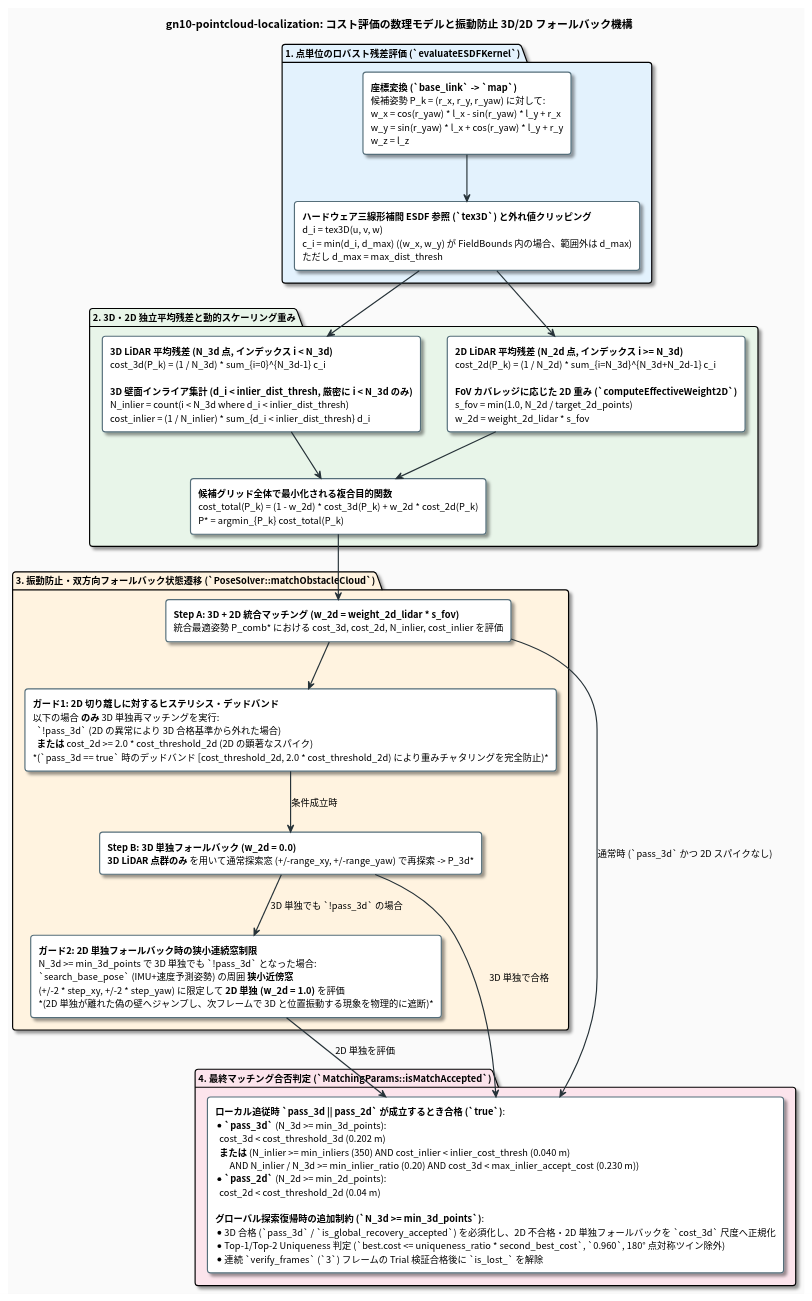
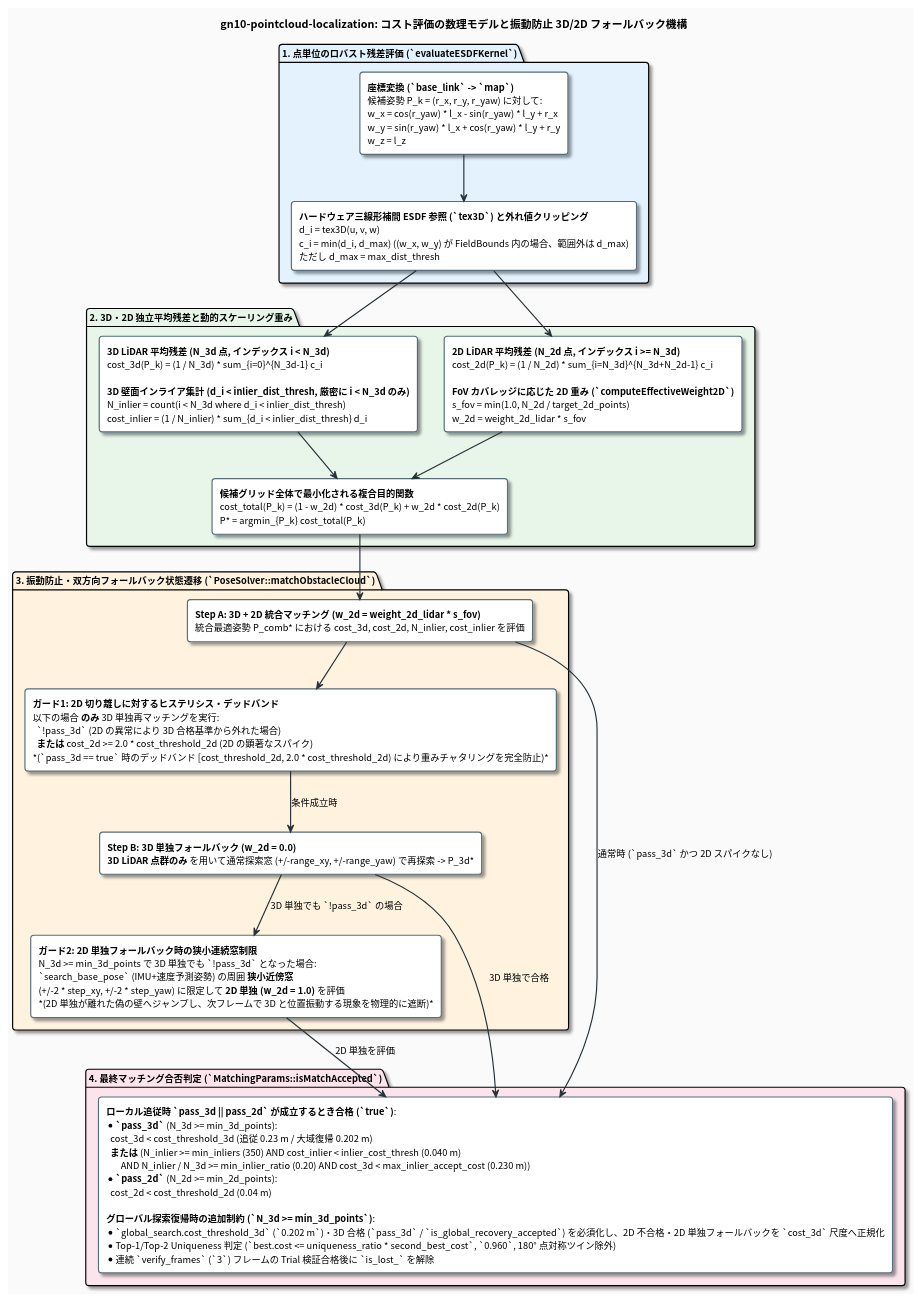
The diagram in docs/matching_cost_and_weighting_jp.pu (tmcit-ararobo-2026a/gn10-pointcloud-localization), drawn with PlantUML before and after one commit. The commit also changed 12 other files, not shown here.

Commit message:
fix(global_search): decouple global_search.cost_threshold_3d from local tracking

```diff
--- a/docs/matching_cost_and_weighting_jp.pu
+++ b/docs/matching_cost_and_weighting_jp.pu
@@ -1,70 +1,70 @@
 @startuml matching_cost_and_weighting_jp
 skinparam backgroundColor #FAFAFA
 skinparam defaultFontName "Roboto, Noto Sans CJK JP, sans-serif"
 skinparam defaultFontSize 12
 skinparam roundCorner 8
 skinparam shadowing true
 skinparam ArrowColor #263238
 skinparam ArrowThickness 1.5
 
 skinparam rectangle {
     BackgroundColor #FFFFFF
     BorderColor #546E7A
     BorderThickness 1.5
 }
 
 skinparam note {
     BackgroundColor #FFF8E1
     BorderColor #FFB300
     FontColor #263238
 }
 
 title **gn10-pointcloud-localization: コスト評価の数理モデルと振動防止 3D/2D フォールバック機構**
 
 package "1. 点単位のロバスト残差評価 (`evaluateESDFKernel`)" #E3F2FD {
     rectangle "**座標変換 (`base_link` -> `map`)**\n候補姿勢 P_k = (r_x, r_y, r_yaw) に対して:\nw_x = cos(r_yaw) * l_x - sin(r_yaw) * l_y + r_x\nw_y = sin(r_yaw) * l_x + cos(r_yaw) * l_y + r_y\nw_z = l_z" as TF_EQ
 
     rectangle "**ハードウェア三線形補間 ESDF 参照 (`tex3D`) と外れ値クリッピング**\nd_i = tex3D(u, v, w)\nc_i = min(d_i, d_max) ((w_x, w_y) が FieldBounds 内の場合、範囲外は d_max)\nただし d_max = max_dist_thresh" as CLIP_EQ
 
     TF_EQ -down-> CLIP_EQ
 }
 
 package "2. 3D・2D 独立平均残差と動的スケーリング重み" #E8F5E9 {
     rectangle "**3D LiDAR 平均残差 (N_3d 点, インデックス i < N_3d)**\ncost_3d(P_k) = (1 / N_3d) * sum_{i=0}^{N_3d-1} c_i\n\n**3D 壁面インライア集計 (d_i < inlier_dist_thresh, 厳密に i < N_3d のみ)**\nN_inlier = count(i < N_3d where d_i < inlier_dist_thresh)\ncost_inlier = (1 / N_inlier) * sum_{d_i < inlier_dist_thresh} d_i" as COST_3D
 
     rectangle "**2D LiDAR 平均残差 (N_2d 点, インデックス i >= N_3d)**\ncost_2d(P_k) = (1 / N_2d) * sum_{i=N_3d}^{N_3d+N_2d-1} c_i\n\n**FoV カバレッジに応じた 2D 重み (`computeEffectiveWeight2D`)**\ns_fov = min(1.0, N_2d / target_2d_points)\nw_2d = weight_2d_lidar * s_fov" as COST_2D
 
     rectangle "**候補グリッド全体で最小化される複合目的関数**\ncost_total(P_k) = (1 - w_2d) * cost_3d(P_k) + w_2d * cost_2d(P_k)\nP* = argmin_{P_k} cost_total(P_k)" as COMP_EQ
 
     COST_3D -down-> COMP_EQ
     COST_2D -down-> COMP_EQ
 }
 
 CLIP_EQ -down-> COST_3D
 CLIP_EQ -down-> COST_2D
 
 package "3. 振動防止・双方向フォールバック状態遷移 (`PoseSolver::matchObstacleCloud`)" #FFF3E0 {
     rectangle "**Step A: 3D + 2D 統合マッチング (w_2d = weight_2d_lidar * s_fov)**\n統合最適姿勢 P_comb* における cost_3d, cost_2d, N_inlier, cost_inlier を評価" as STEP_A
 
     rectangle "**ガード1: 2D 切り離しに対するヒステリシス・デッドバンド**\n以下の場合 **のみ** 3D 単独再マッチングを実行:\n  `!pass_3d` (2D の異常により 3D 合格基準から外れた場合)\n  **または** cost_2d >= 2.0 * cost_threshold_2d (2D の顕著なスパイク)\n*(`pass_3d == true` 時のデッドバンド [cost_threshold_2d, 2.0 * cost_threshold_2d) により重みチャタリングを完全防止)*" as GUARD_1
 
     rectangle "**Step B: 3D 単独フォールバック (w_2d = 0.0)**\n**3D LiDAR 点群のみ** を用いて通常探索窓 (+/-range_xy, +/-range_yaw) で再探索 -> P_3d*" as STEP_B
 
     rectangle "**ガード2: 2D 単独フォールバック時の狭小連続窓制限**\nN_3d >= min_3d_points で 3D 単独でも `!pass_3d` となった場合:\n`search_base_pose` (IMU+速度予測姿勢) の周囲 **狭小近傍窓**\n(+/-2 * step_xy, +/-2 * step_yaw) に限定して **2D 単独 (w_2d = 1.0)** を評価\n*(2D 単独が離れた偽の壁へジャンプし、次フレームで 3D と位置振動する現象を物理的に遮断)*" as STEP_C
 
     STEP_A -down-> GUARD_1
     GUARD_1 -down-> STEP_B : 条件成立時
     STEP_B -down-> STEP_C : 3D 単独でも `!pass_3d` の場合
 }
 
 COMP_EQ -down-> STEP_A
 
 package "4. 最終マッチング合否判定 (`MatchingParams::isMatchAccepted`)" #FCE4EC {
-    rectangle "**ローカル追従時 `pass_3d || pass_2d` が成立するとき合格 (`true`)**:\n* **`pass_3d`** (N_3d >= min_3d_points):\n  cost_3d < cost_threshold_3d (0.202 m)\n  **または** (N_inlier >= min_inliers (350) AND cost_inlier < inlier_cost_thresh (0.040 m)\n       AND N_inlier / N_3d >= min_inlier_ratio (0.20) AND cost_3d < max_inlier_accept_cost (0.230 m))\n* **`pass_2d`** (N_2d >= min_2d_points):\n  cost_2d < cost_threshold_2d (0.04 m)\n\n**グローバル探索復帰時の追加制約 (`N_3d >= min_3d_points`)**:\n* 3D 合格 (`pass_3d` / `is_global_recovery_accepted`) を必須化し、2D 不合格・2D 単独フォールバックを `cost_3d` 尺度へ正規化\n* Top-1/Top-2 Uniqueness 判定 (`best.cost <= uniqueness_ratio * second_best_cost`, `0.960`, 180° 点対称ツイン除外)\n* 連続 `verify_frames` (`3`) フレームの Trial 検証合格後に `is_lost_` を解除" as FINAL_ACCEPT
+    rectangle "**ローカル追従時 `pass_3d || pass_2d` が成立するとき合格 (`true`)**:\n* **`pass_3d`** (N_3d >= min_3d_points):\n  cost_3d < cost_threshold_3d (追従 0.23 m / 大域復帰 0.202 m)\n  **または** (N_inlier >= min_inliers (350) AND cost_inlier < inlier_cost_thresh (0.040 m)\n       AND N_inlier / N_3d >= min_inlier_ratio (0.20) AND cost_3d < max_inlier_accept_cost (0.230 m))\n* **`pass_2d`** (N_2d >= min_2d_points):\n  cost_2d < cost_threshold_2d (0.04 m)\n\n**グローバル探索復帰時の追加制約 (`N_3d >= min_3d_points`)**:\n* `global_search.cost_threshold_3d` (`0.202 m`)・3D 合格 (`pass_3d` / `is_global_recovery_accepted`) を必須化し、2D 不合格・2D 単独フォールバックを `cost_3d` 尺度へ正規化\n* Top-1/Top-2 Uniqueness 判定 (`best.cost <= uniqueness_ratio * second_best_cost`, `0.960`, 180° 点対称ツイン除外)\n* 連続 `verify_frames` (`3`) フレームの Trial 検証合格後に `is_lost_` を解除" as FINAL_ACCEPT
 }
 
 STEP_A -down-> FINAL_ACCEPT : 通常時 (`pass_3d` かつ 2D スパイクなし)
 STEP_B -down-> FINAL_ACCEPT : 3D 単独で合格
 STEP_C -down-> FINAL_ACCEPT : 2D 単独を評価
 
 @enduml
```
